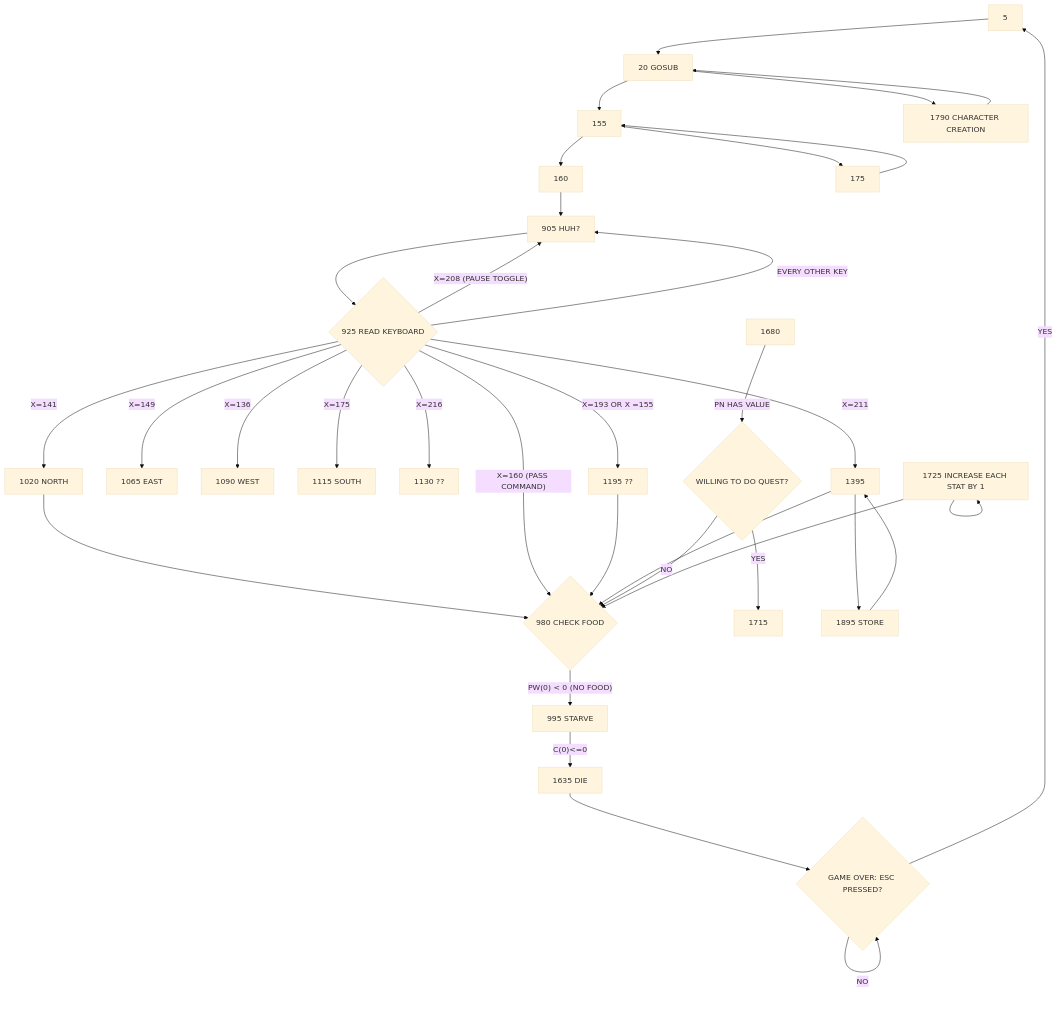
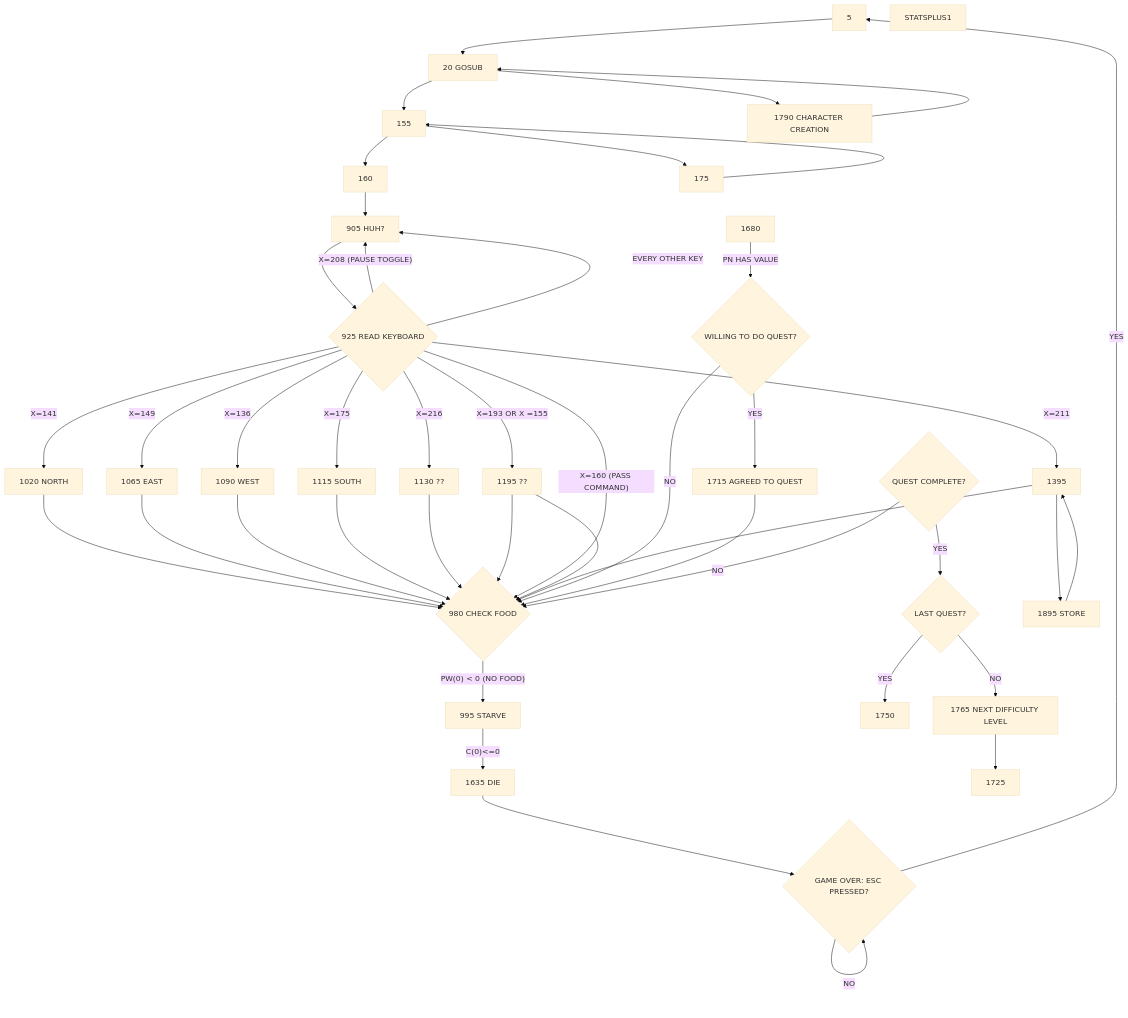
The diagram in js/akalabeth-phaser3-typescript/documents/AKALABETH PROGRAM FLOW.md (Lightbender-Studios/akalabeth-nodejs), drawn with Mermaid (base theme) before and after one commit.

Commit message:
Flowchart checkpoint - HOUR 2.

````diff
--- a/js/akalabeth-phaser3-typescript/documents/AKALABETH PROGRAM FLOW.md
+++ b/js/akalabeth-phaser3-typescript/documents/AKALABETH PROGRAM FLOW.md
@@ -3,35 +3,45 @@
 ```mermaid
 graph
 5-->20
 20[20 GOSUB]-->1790
 1790[1790 CHARACTER CREATION]-->20
 20-->155-->175
 175-->155
 155-->160-->905[905 GET COMMAND]
 905-->925{925 READ KEYBOARD}
 925-->|X=141|1020[1020 NORTH]
 1020-->980
 925-->|X=149|1065[1065 EAST]
+1065-->980
 925-->|X=136|1090[1090 WEST]
+1090-->980
 925-->|X=175|1115[1115 SOUTH]
+1115-->980
 925-->|X=216|1130[1130 ??]
+1130-->980
 925-->|X=193 OR X =155|1195[1195 ??]
+1195-->980
 925-->|"X=160 (PASS COMMAND)"|980
 925-->|"X=211"|1395
 925-->|"X=208 (PAUSE TOGGLE)"|905
 925-->|"EVERY OTHER KEY"|905[905 HUH?]
 980-->|"PW(0) < 0 (NO FOOD)"|995[995 STARVE]
 995-->|"C(0)<=0"|1635[1635 DIE]
 1195-->980{980 CHECK FOOD}
 1395-->1895[1895 STORE]
 1895-->1395
 1395-->980
 1635-->1670
 1670{GAME OVER: ESC PRESSED?}-->|"YES"|5
 1670-->|"NO"|1670
 1680-->|PN HAS VALUE|1705{WILLING TO DO QUEST?}
 1705-->|"NO"| 980
-1705-->|"YES"|1715
-1725-->1725
-1725[1725 INCREASE EACH STAT BY 1]--> 980
+1705-->|"YES"| 1715
+1715[1715 AGREED TO QUEST] --> 980
+STATSPLUS1
+1730{QUEST COMPLETE?}-->|"NO"|980
+1730-->|"YES"|1735{LAST QUEST?}
+1735-->|"YES"|1750
+1735-->|"NO"|1765[1765 NEXT DIFFICULTY LEVEL]
+1765-->1725
 ```
````
